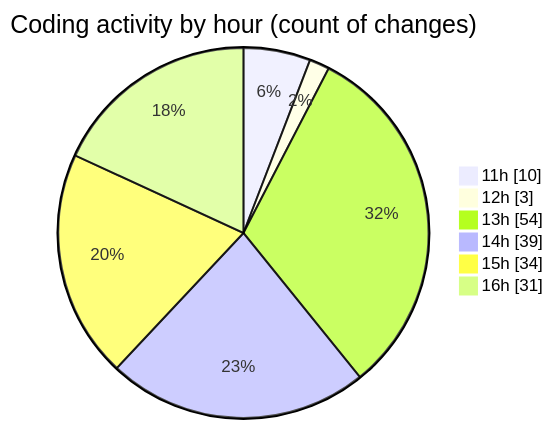
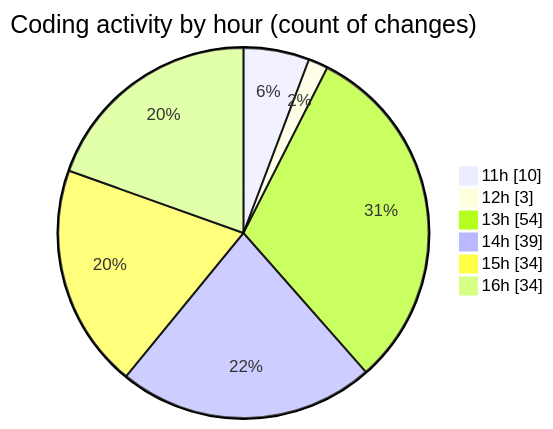
One commit to momahboobian/code-tracking changed the second of 2 diagrams in 2025-02-14/cda/README.md. Above: the diagram before and after it, drawn with Mermaid. The commit also changed other lines of this file and 1 other file, not shown here.

````diff
--- a/2025-02-14/cda/README.md
+++ b/2025-02-14/cda/README.md
@@ -37,10 +37,10 @@
 ```mermaid
 pie showData
 title Coding activity by hour (count of changes)
 "11h" : 10
 "12h" : 3
 "13h" : 54
 "14h" : 39
 "15h" : 34
-"16h" : 31
+"16h" : 34
 ```
````
